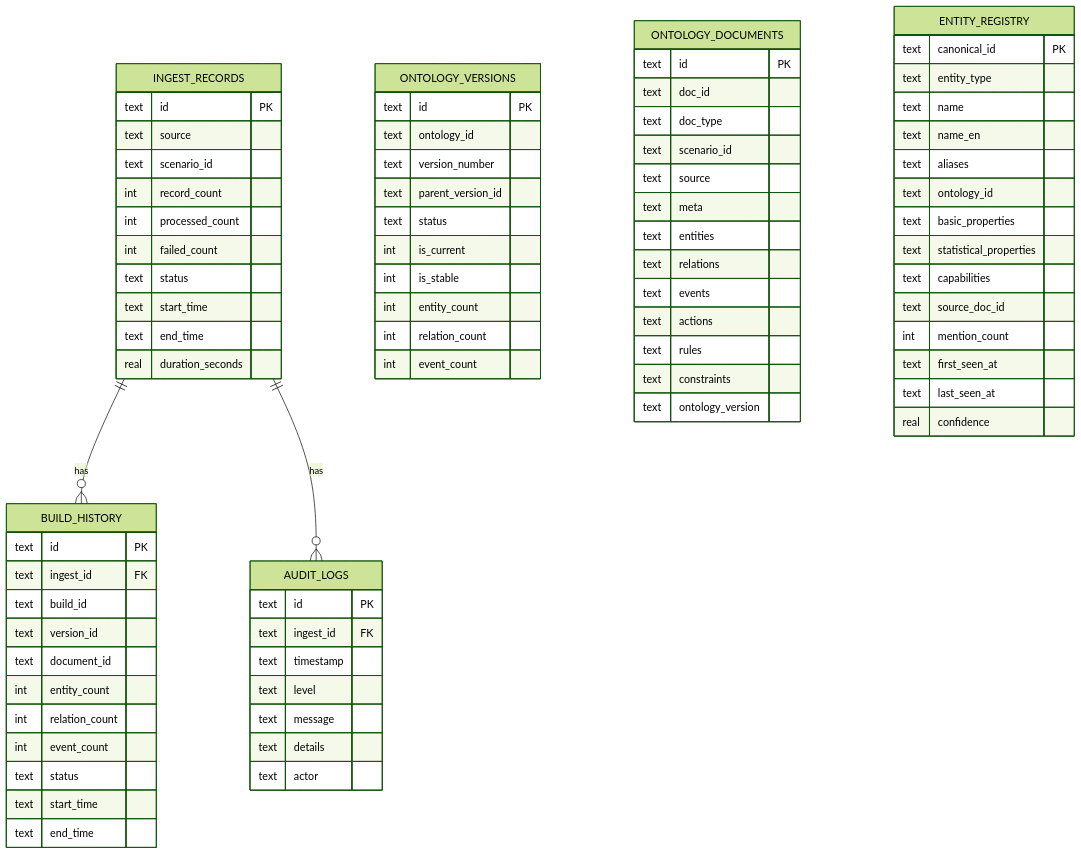
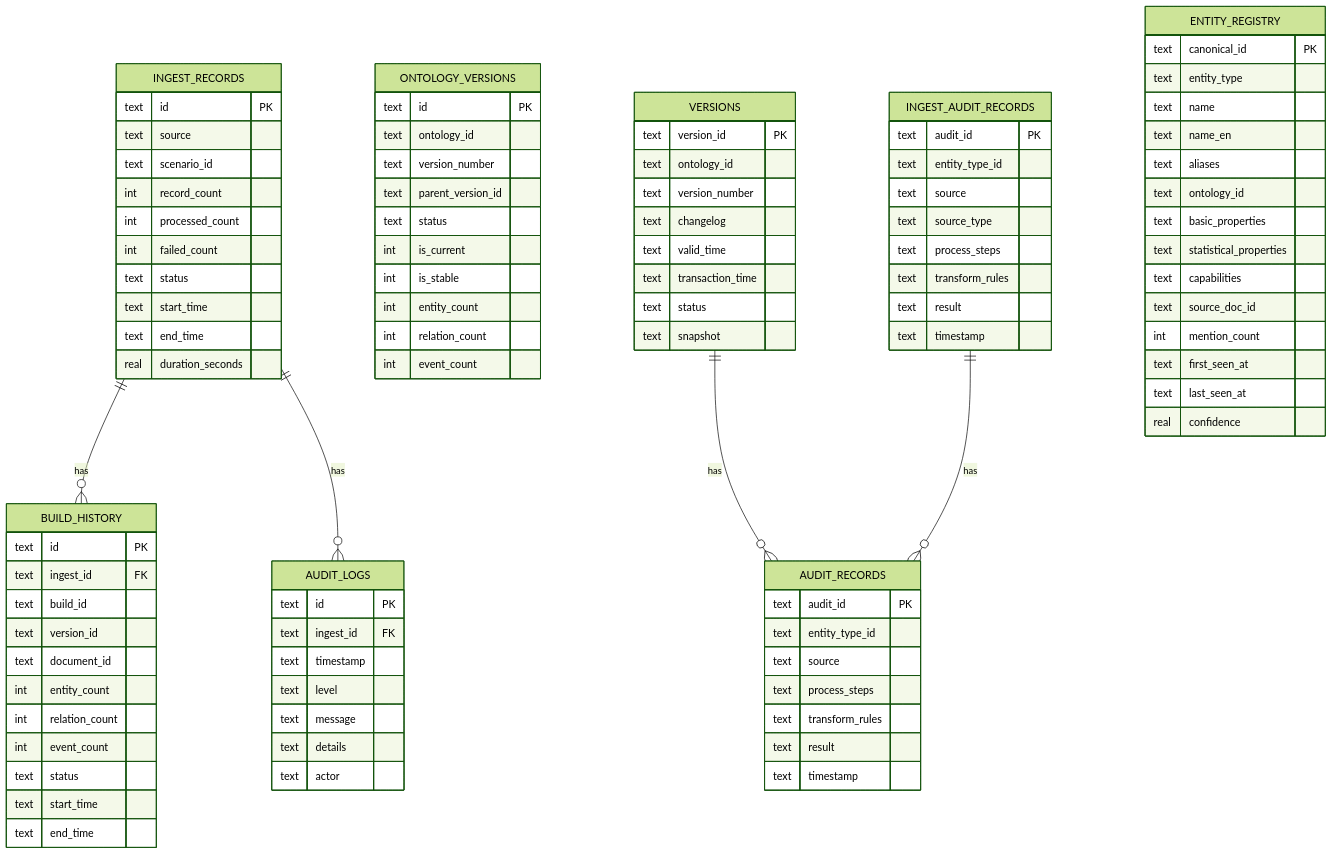
Before and after one commit to inier/ontology-graphiti: the eighth of 9 diagrams in .qoder/repowiki/zh/content/项目概述/核心特性/OMS元模型框架/本体文档管理.md, drawn with Mermaid (forest theme). The commit also changed other lines of this file and 56 other files, not shown here.

````diff
--- a/.qoder/repowiki/zh/content/项目概述/核心特性/OMS元模型框架/本体文档管理.md
+++ b/.qoder/repowiki/zh/content/项目概述/核心特性/OMS元模型框架/本体文档管理.md
@@ -425,20 +569,34 @@
 int relation_count
 int event_count
 }
-ONTOLOGY_DOCUMENTS {
-text id PK
-text doc_id
-text doc_type
-text scenario_id
+VERSIONS {
+text version_id PK
+text ontology_id
+text version_number
+text changelog
+text valid_time
+text transaction_time
+text status
+text snapshot
+}
+AUDIT_RECORDS {
+text audit_id PK
+text entity_type_id
 text source
-text meta
-text entities
-text relations
-text events
-text actions
-text rules
-text constraints
-text ontology_version
+text process_steps
+text transform_rules
+text result
+text timestamp
+}
+INGEST_AUDIT_RECORDS {
+text audit_id PK
+text entity_type_id
+text source
+text source_type
+text process_steps
+text transform_rules
+text result
+text timestamp
 }
 BUILD_HISTORY {
 text id PK
@@ -480,4 +638,6 @@
 }
 INGEST_RECORDS ||--o{ BUILD_HISTORY : "has"
 INGEST_RECORDS ||--o{ AUDIT_LOGS : "has"
+VERSIONS ||--o{ AUDIT_RECORDS : "has"
+INGEST_AUDIT_RECORDS ||--o{ AUDIT_RECORDS : "has"
 ```
````
